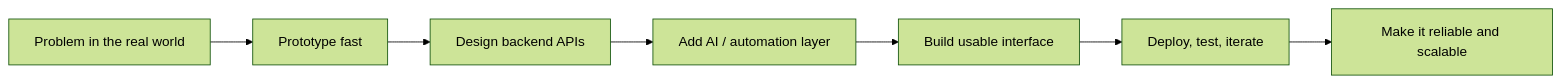
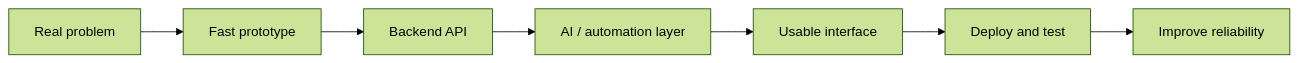
Before and after one commit to ManojKumarC0112/ManojKumarC0112: the diagram in README.md, drawn with Mermaid (forest theme). The commit also changed other lines of this file, not shown here.

````diff
--- a/README.md
+++ b/README.md
@@ -105,9 +71,9 @@
 ```mermaid
 flowchart LR
-    A["Problem in the real world"] --> B["Prototype fast"]
-    B --> C["Design backend APIs"]
-    C --> D["Add AI / automation layer"]
-    D --> E["Build usable interface"]
-    E --> F["Deploy, test, iterate"]
-    F --> G["Make it reliable and scalable"]
+    A["Real problem"] --> B["Fast prototype"]
+    B --> C["Backend API"]
+    C --> D["AI / automation layer"]
+    D --> E["Usable interface"]
+    E --> F["Deploy and test"]
+    F --> G["Improve reliability"]
 ```
````
